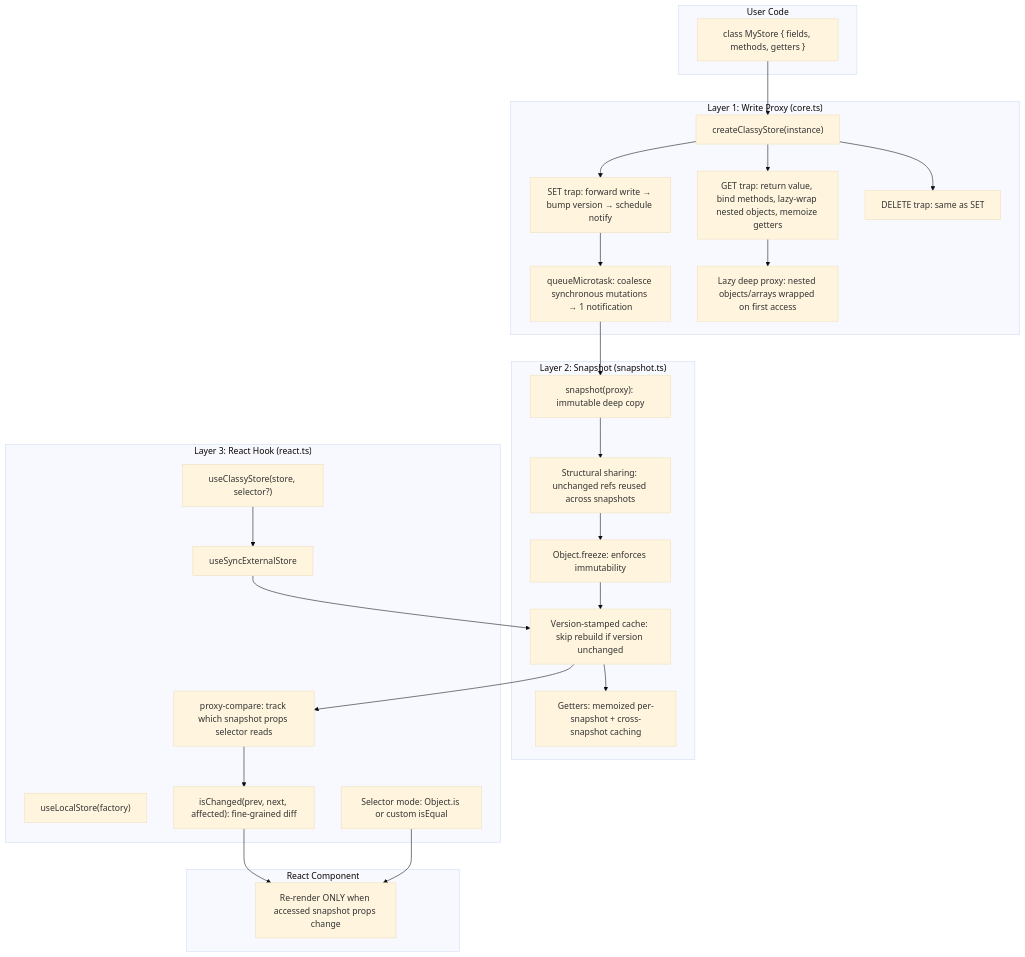
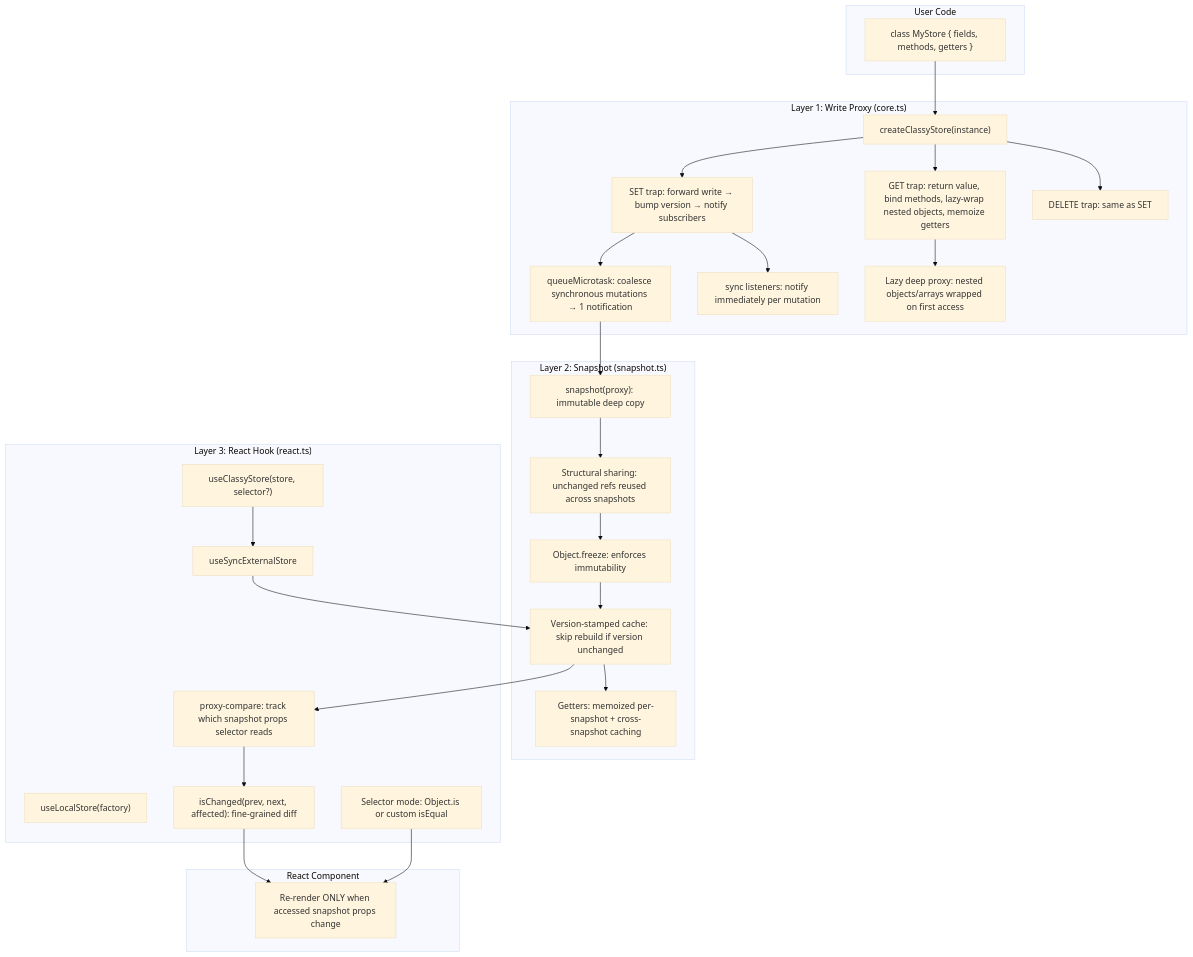
The first of 9 diagrams in website/docs/ARCHITECTURE.md (codeBelt/classy-store), drawn with Mermaid (base theme) before and after one commit. The commit also changed other lines of this file and 24 other files, not shown here.

````diff
--- a/website/docs/ARCHITECTURE.md
+++ b/website/docs/ARCHITECTURE.md
@@ -9,54 +9,56 @@
 ```mermaid
 flowchart TB
   subgraph userCode ["User Code"]
     ClassDef["class MyStore { fields, methods, getters }"]
   end
 
   subgraph layer1 ["Layer 1: Write Proxy (core.ts)"]
     storeFn["createClassyStore(instance)"]
-    SetTrap["SET trap: forward write → bump version → schedule notify"]
+    SetTrap["SET trap: forward write → bump version → notify subscribers"]
     GetTrap["GET trap: return value, bind methods, lazy-wrap nested objects, memoize getters"]
     DeleteTrap["DELETE trap: same as SET"]
     Batch["queueMicrotask: coalesce synchronous mutations → 1 notification"]
+    SyncNotify["sync listeners: notify immediately per mutation"]
     DeepProxy["Lazy deep proxy: nested objects/arrays wrapped on first access"]
   end
 
   subgraph layer2 ["Layer 2: Snapshot (snapshot.ts)"]
     SnapshotFn["snapshot(proxy): immutable deep copy"]
     StructuralShare["Structural sharing: unchanged refs reused across snapshots"]
     Freeze["Object.freeze: enforces immutability"]
     VersionCache["Version-stamped cache: skip rebuild if version unchanged"]
     GetterEval["Getters: memoized per-snapshot + cross-snapshot caching"]
   end
 
   subgraph layer3 ["Layer 3: React Hook (react.ts)"]
     UseStore["useClassyStore(store, selector?)"]
     UseLocalStore["useLocalStore(factory)"]
     USES["useSyncExternalStore"]
     ProxyCompare["proxy-compare: track which snapshot props selector reads"]
     IsChanged["isChanged(prev, next, affected): fine-grained diff"]
     SelectorMode["Selector mode: Object.is or custom isEqual"]
   end
 
   subgraph component ["React Component"]
     Render["Re-render ONLY when accessed snapshot props change"]
   end
 
   ClassDef --> storeFn
   storeFn --> SetTrap
   storeFn --> GetTrap
   storeFn --> DeleteTrap
+  SetTrap --> SyncNotify
   SetTrap --> Batch
   Batch --> SnapshotFn
   GetTrap --> DeepProxy
   SnapshotFn --> StructuralShare
   StructuralShare --> Freeze
   Freeze --> VersionCache
   VersionCache --> GetterEval
   UseStore --> USES
   USES --> VersionCache
   VersionCache --> ProxyCompare
   ProxyCompare --> IsChanged
   IsChanged --> Render
   SelectorMode --> Render
 ```
````
